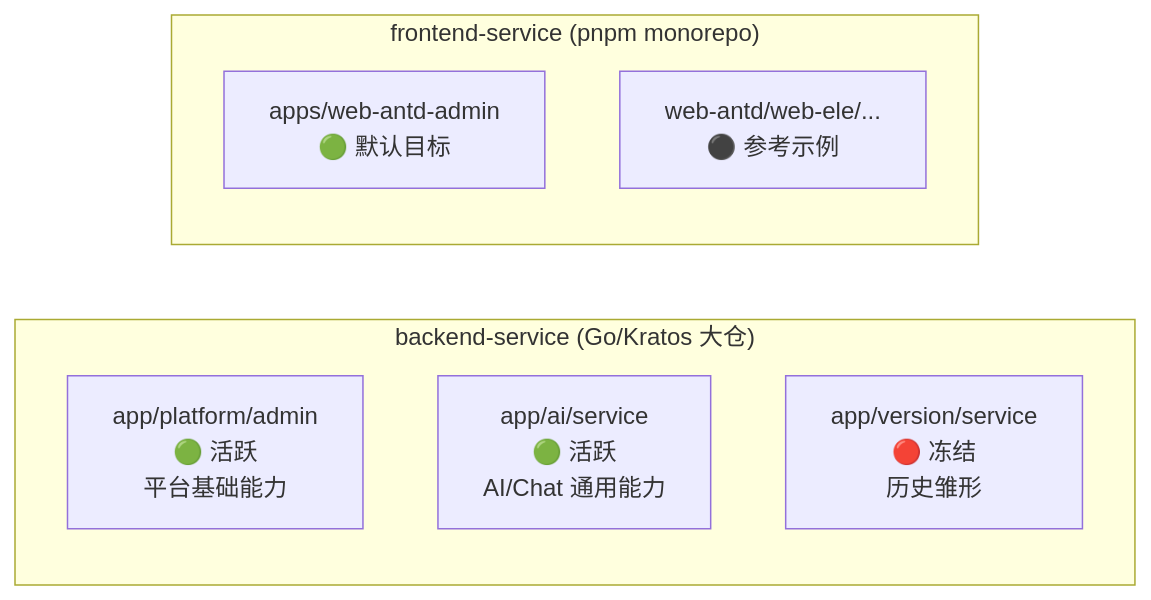
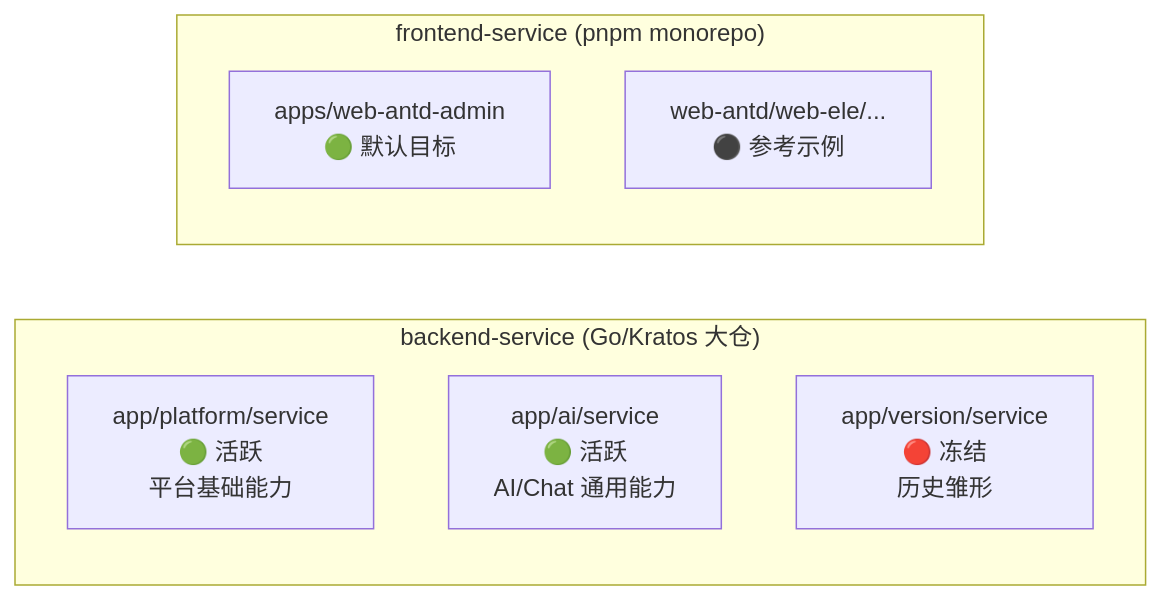
Before and after one commit to stack-haven/avmc: the second of 4 diagrams in docs/architecture/0-0-架构总览-架构总览.md, drawn with Mermaid. The commit also changed 32 other files, not shown here.

````diff
--- a/docs/architecture/0-0-架构总览-架构总览.md
+++ b/docs/architecture/0-0-架构总览-架构总览.md
@@ -109,13 +109,13 @@
 ```mermaid
 graph LR
     subgraph Backend["backend-service (Go/Kratos 大仓)"]
-        Admin["app/platform/admin<br/>🟢 活跃<br/>平台基础能力"]
+        Admin["app/platform/service<br/>🟢 活跃<br/>平台基础能力"]
         AI["app/ai/service<br/>🟢 活跃<br/>AI/Chat 通用能力"]
         Version["app/version/service<br/>🔴 冻结<br/>历史雏形"]
     end
 
     subgraph Frontend["frontend-service (pnpm monorepo)"]
         WebAdmin["apps/web-antd-admin<br/>🟢 默认目标"]
         Others["web-antd/web-ele/...<br/>⚫ 参考示例"]
     end
 ```
````
